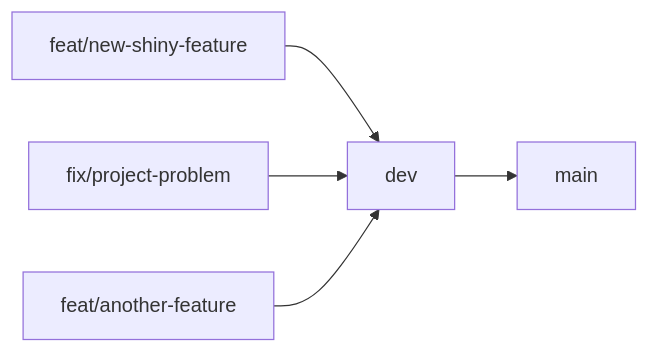
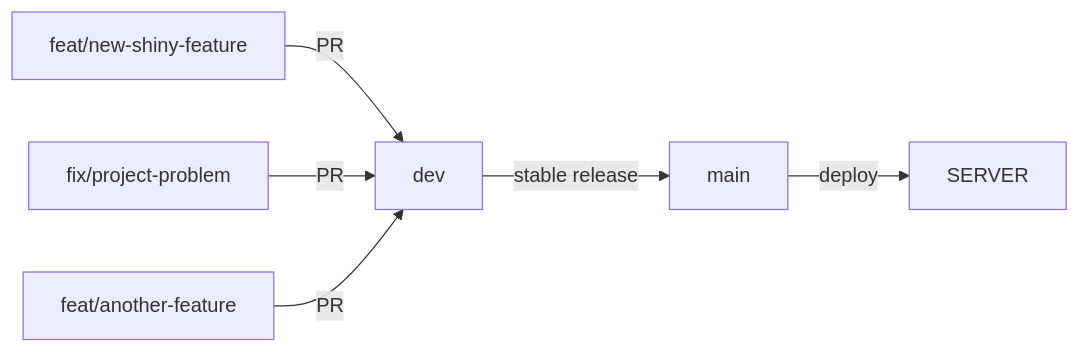
One commit to RSE-Sheffield/RSEAdmin changed the diagram in README.md. Above: the diagram before and after it, drawn with Mermaid.

Commit message:
chore: more on graph

````diff
--- a/README.md
+++ b/README.md
@@ -28,8 +28,9 @@
 ```mermaid
 graph LR
 
-fb1[feat/new-shiny-feature] --> dev
-fixb1[fix/project-problem] --> dev
-fb2[feat/another-feature] --> dev
-dev --> main
+fb1[feat/new-shiny-feature] --PR--> dev
+fixb1[fix/project-problem] --PR--> dev
+fb2[feat/another-feature] --PR--> dev
+dev --stable release--> main
+main --deploy--> SERVER
 ```
````
